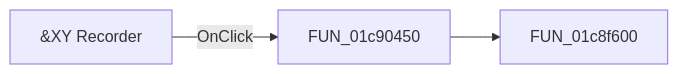
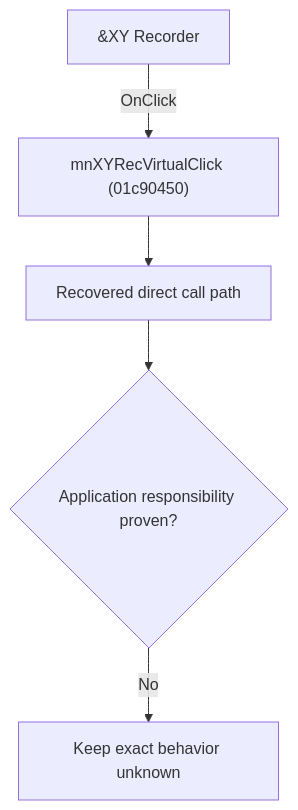
One commit to MovGP0/TIARA changed the diagram in docs/ui-controls/schematiceditor/xyrecorder-8bd7cf98cd.md. Above: the diagram before and after it, drawn with Mermaid. The commit also changed other lines of this file and 1062 other files, not shown here.

````diff
--- a/docs/ui-controls/schematiceditor/xyrecorder-8bd7cf98cd.md
+++ b/docs/ui-controls/schematiceditor/xyrecorder-8bd7cf98cd.md
@@ -27,5 +27,7 @@
 ```mermaid
-flowchart LR
-    control["&XY Recorder"] -->|OnClick| handler["FUN_01c90450"]
-    handler --> call1["FUN_01c8f600"]
+flowchart TD
+    control["&XY Recorder"] -->|"OnClick"| handler["mnXYRecVirtualClick (01c90450)"]
+    handler --> recovered["Recovered direct call path"]
+    recovered --> gap{"Application responsibility proven?"}
+    gap -->|"No"| blocked["Keep exact behavior unknown"]
 ```
````
